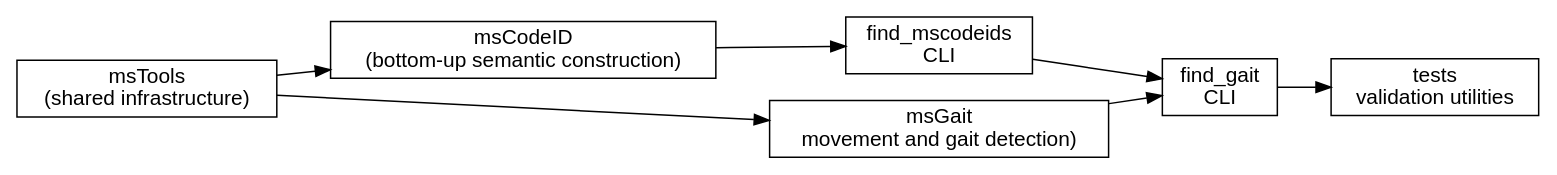
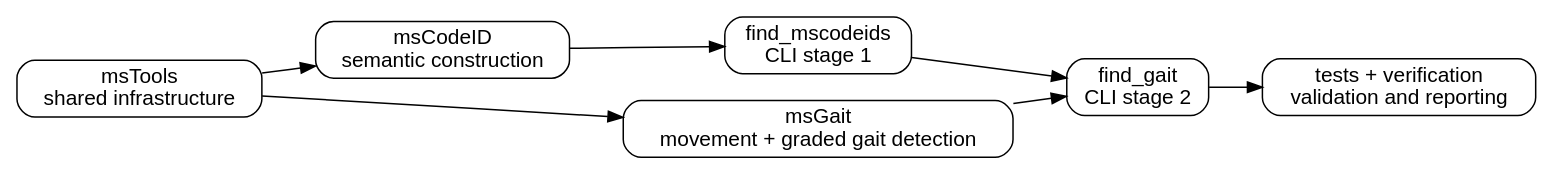
The diagram in docs/modules.rst (MultipleSclerosisMonitoring/DPC_2024), drawn with Graphviz before and after one commit. The commit also changed other lines of this file and 43 other files, not shown here.

```diff
--- a/docs/modules.rst
+++ b/docs/modules.rst
@@ -29,24 +28,24 @@
 .. graphviz::
    :caption: Repository module relationships
    :align: center
 
    digraph repo_modules {
       rankdir=LR;
       graph [fontname="Helvetica"];
-      node  [shape=box, fontname="Helvetica"];
+      node  [shape=box, fontname="Helvetica", style="rounded"];
       edge  [fontname="Helvetica"];
 
-      msTools         [label="msTools\n(shared infrastructure)"];
-      msCodeID        [label="msCodeID\n(bottom-up semantic construction)"];
-      find_mscodeids  [label="find_mscodeids\nCLI"];
-      msGait          [label="msGait\nmovement and gait detection)"];
-      find_gait       [label="find_gait\nCLI"];
-      tests           [label="tests\nvalidation utilities"];
+      msTools         [label="msTools\nshared infrastructure"];
+      msCodeID        [label="msCodeID\nsemantic construction"];
+      find_mscodeids  [label="find_mscodeids\nCLI stage 1"];
+      msGait          [label="msGait\nmovement + graded gait detection"];
+      find_gait       [label="find_gait\nCLI stage 2"];
+      tests           [label="tests + verification\nvalidation and reporting"];
 
       msTools -> msCodeID;
       msTools -> msGait;
       msCodeID -> find_mscodeids;
       msGait -> find_gait;
       find_mscodeids -> find_gait;
       find_gait -> tests;
    }
```
